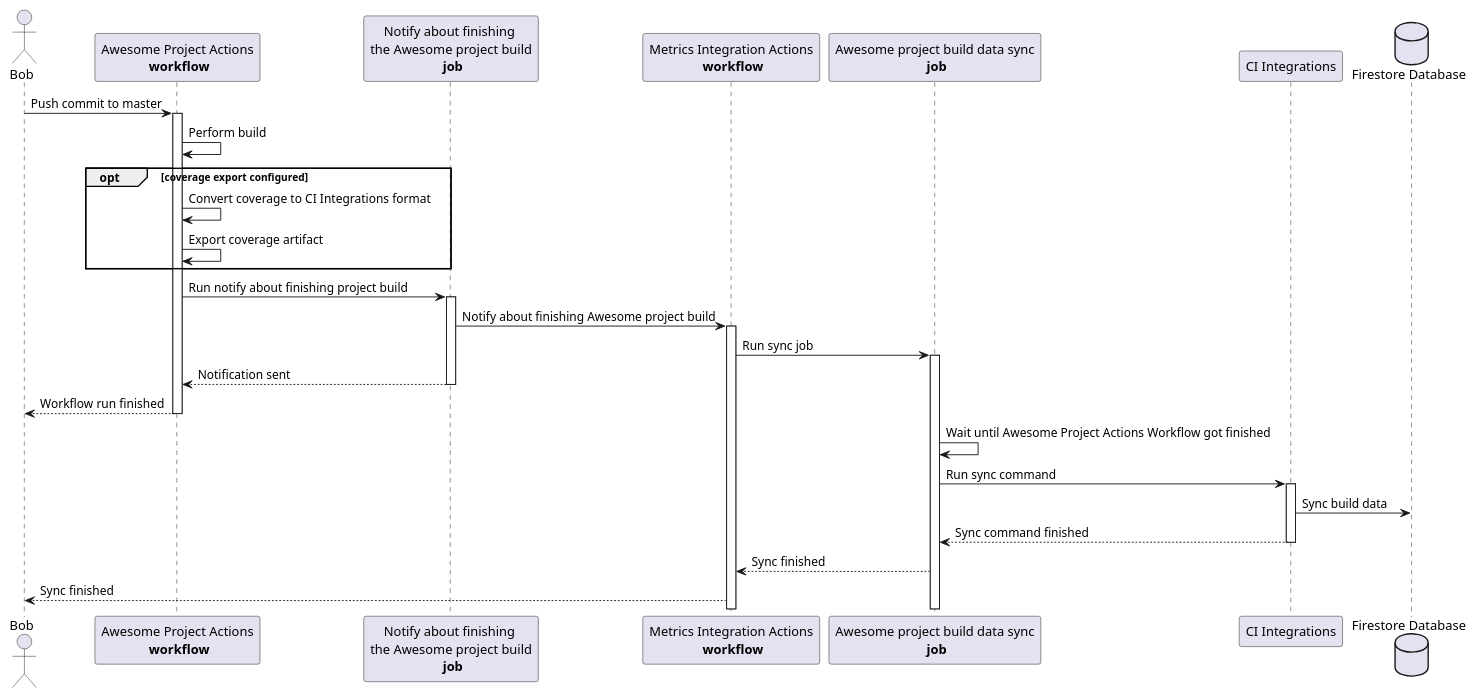
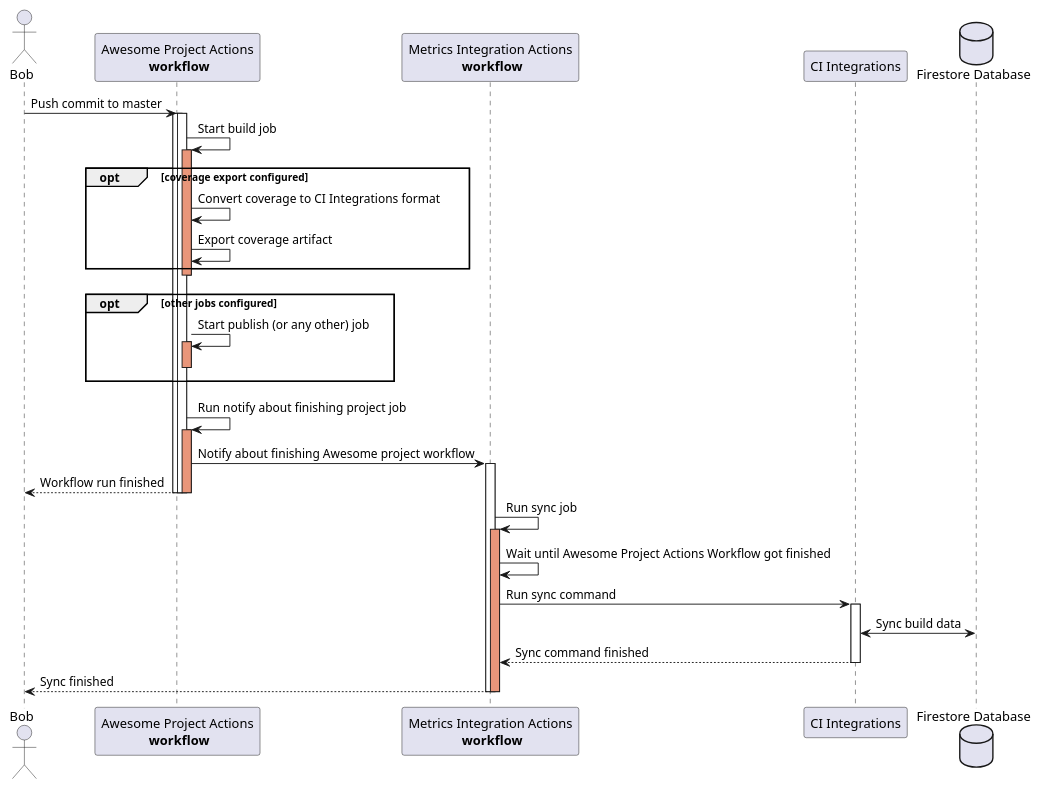
Before and after one commit to Flank/flank-dashboard: the diagram in docs/diagrams/github_actions_sequence_diagram.puml, drawn with PlantUML.

Commit message:
merge steps into workflows and added optional publish for Awesome project actions

```diff
--- a/docs/diagrams/github_actions_sequence_diagram.puml
+++ b/docs/diagrams/github_actions_sequence_diagram.puml
@@ -1,49 +1,62 @@
 @startuml github_actions_sequence_diagram
 
 actor Bob
 
 participant "Awesome Project Actions\n **workflow**" as AwesomeWorkflow
-participant "Notify about finishing \nthe Awesome project build\n **job**" as NotifyBuilding
 
 participant "Metrics Integration Actions\n **workflow**" as IntegrationsWorkflow
-participant "Awesome project build data sync\n **job**" as AwesomeSync
 participant "CI Integrations" as CiIntegrations
 
 database "Firestore Database" as Firestore
 
 
 Bob -> AwesomeWorkflow : Push commit to master
 activate AwesomeWorkflow
-AwesomeWorkflow -> AwesomeWorkflow : Perform build
+
+activate AwesomeWorkflow
+AwesomeWorkflow -> AwesomeWorkflow : Start build job
+activate AwesomeWorkflow #DarkSalmon
+
 
 opt coverage export configured
     AwesomeWorkflow -> AwesomeWorkflow : Convert coverage to CI Integrations format
     AwesomeWorkflow -> AwesomeWorkflow : Export coverage artifact
 end
+deactivate AwesomeWorkflow
 
-AwesomeWorkflow -> NotifyBuilding : Run notify about finishing project build
-activate NotifyBuilding
+AwesomeWorkflow -[hidden]> IntegrationsWorkflow
 
-NotifyBuilding -> IntegrationsWorkflow : Notify about finishing Awesome project build
+opt other jobs configured
+AwesomeWorkflow -> AwesomeWorkflow : Start publish (or any other) job
+activate AwesomeWorkflow #DarkSalmon
+
+deactivate AwesomeWorkflow
+end
+
+AwesomeWorkflow -[hidden]> IntegrationsWorkflow
+AwesomeWorkflow -> AwesomeWorkflow : Run notify about finishing project job
+activate AwesomeWorkflow #DarkSalmon
+
+AwesomeWorkflow -> IntegrationsWorkflow : Notify about finishing Awesome project workflow
 activate IntegrationsWorkflow
-
-IntegrationsWorkflow -> AwesomeSync : Run sync job
-activate AwesomeSync
-
-NotifyBuilding --> AwesomeWorkflow : Notification sent
-deactivate NotifyBuilding
 
 AwesomeWorkflow --> Bob : Workflow run finished
 deactivate AwesomeWorkflow
+deactivate AwesomeWorkflow
+deactivate AwesomeWorkflow
 
-AwesomeSync -> AwesomeSync : Wait until Awesome Project Actions Workflow got finished
+IntegrationsWorkflow -> IntegrationsWorkflow : Run sync job
+activate IntegrationsWorkflow #DarkSalmon
 
-AwesomeSync -> CiIntegrations : Run sync command
+IntegrationsWorkflow -> IntegrationsWorkflow : Wait until Awesome Project Actions Workflow got finished
+IntegrationsWorkflow -> CiIntegrations : Run sync command
 activate CiIntegrations
 
-CiIntegrations -> Firestore : Sync build data
+CiIntegrations <-> Firestore : Sync build data
 return Sync command finished
-AwesomeSync --> IntegrationsWorkflow : Sync finished
+
 IntegrationsWorkflow --> Bob : Sync finished
+deactivate IntegrationsWorkflow
+deactivate IntegrationsWorkflow
 
 @enduml
```
